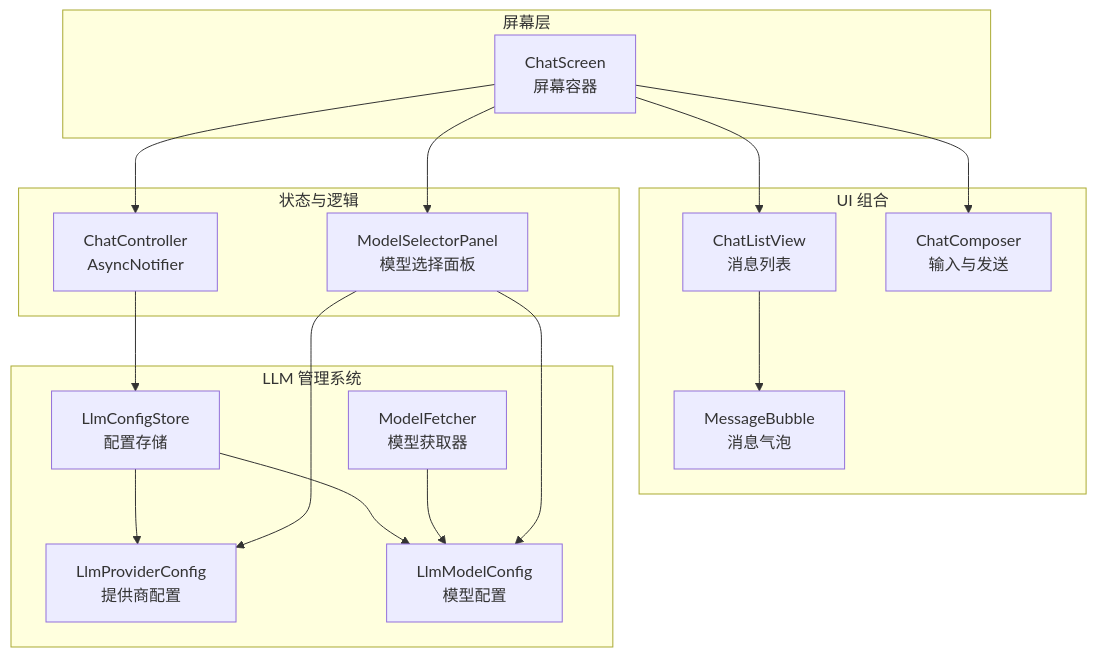
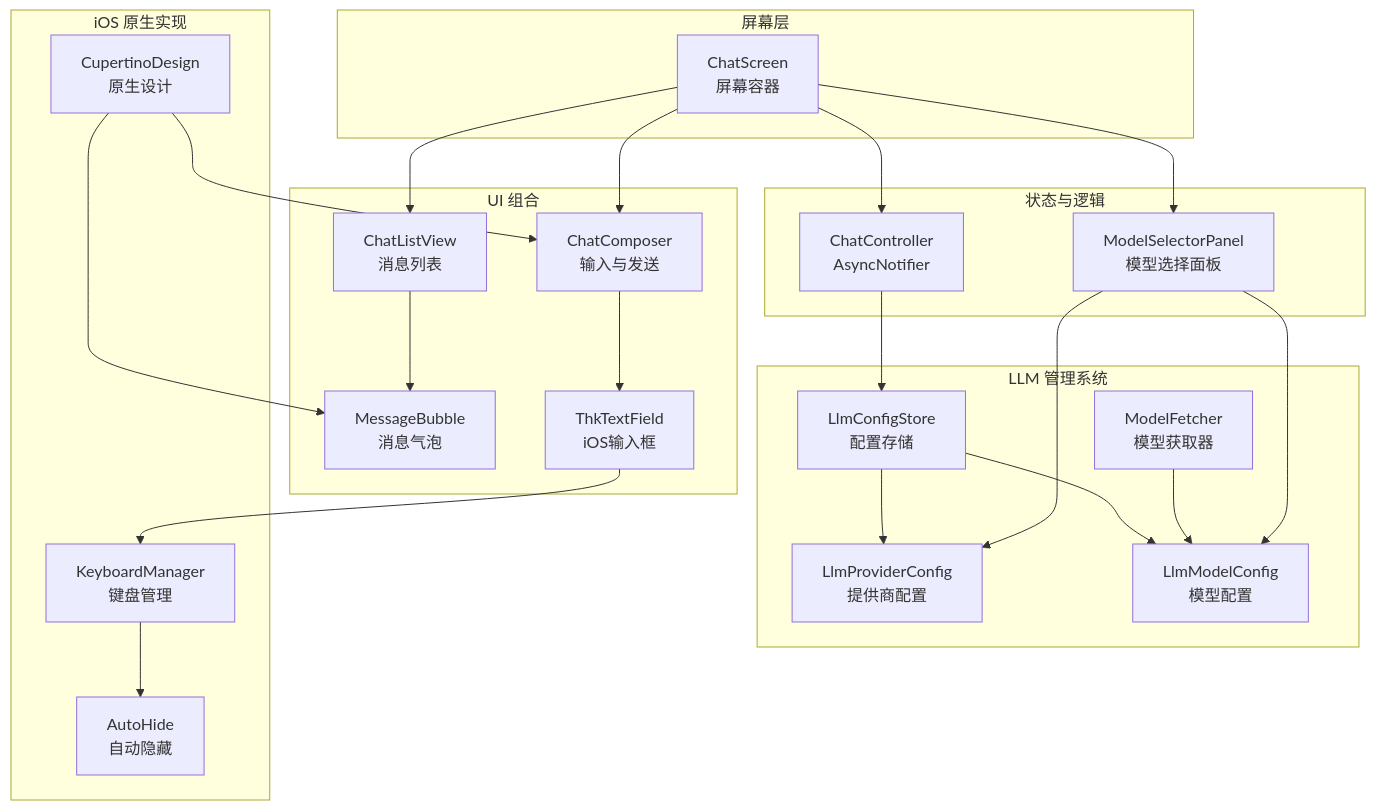
Before and after one commit to Ykworm/thktree: the first of 10 diagrams in .qoder/repowiki/zh/content/核心功能模块/对话管理系统/聊天界面组件.md, drawn with Mermaid. The commit also changed other lines of this file and 39 other files, not shown here.

````diff
--- a/.qoder/repowiki/zh/content/核心功能模块/对话管理系统/聊天界面组件.md
+++ b/.qoder/repowiki/zh/content/核心功能模块/对话管理系统/聊天界面组件.md
@@ -54,32 +72,43 @@
 ```mermaid
 graph TB
 subgraph "屏幕层"
 CS["ChatScreen<br/>屏幕容器"]
 end
 subgraph "状态与逻辑"
 CC["ChatController<br/>AsyncNotifier"]
 MSP["ModelSelectorPanel<br/>模型选择面板"]
 end
 subgraph "UI 组合"
 CLV["ChatListView<br/>消息列表"]
 MC["MessageBubble<br/>消息气泡"]
 CCOM["ChatComposer<br/>输入与发送"]
+THKTF["ThkTextField<br/>iOS输入框"]
 end
 subgraph "LLM 管理系统"
 LPC["LlmProviderConfig<br/>提供商配置"]
 LMC["LlmModelConfig<br/>模型配置"]
 LCS["LlmConfigStore<br/>配置存储"]
 MF["ModelFetcher<br/>模型获取器"]
 end
+subgraph "iOS 原生实现"
+CUP["CupertinoDesign<br/>原生设计"]
+KEYBOARD["KeyboardManager<br/>键盘管理"]
+AUTOHIDE["AutoHide<br/>自动隐藏"]
+end
 CS --> CC
 CS --> CLV
 CS --> CCOM
 CS --> MSP
 CLV --> MC
+CCOM --> THKTF
+THKTF --> KEYBOARD
+KEYBOARD --> AUTOHIDE
 CC --> LCS
 LCS --> LPC
 LCS --> LMC
 MF --> LMC
 MSP --> LPC
 MSP --> LMC
+CUP --> CCOM
+CUP --> MC
 ```
````
